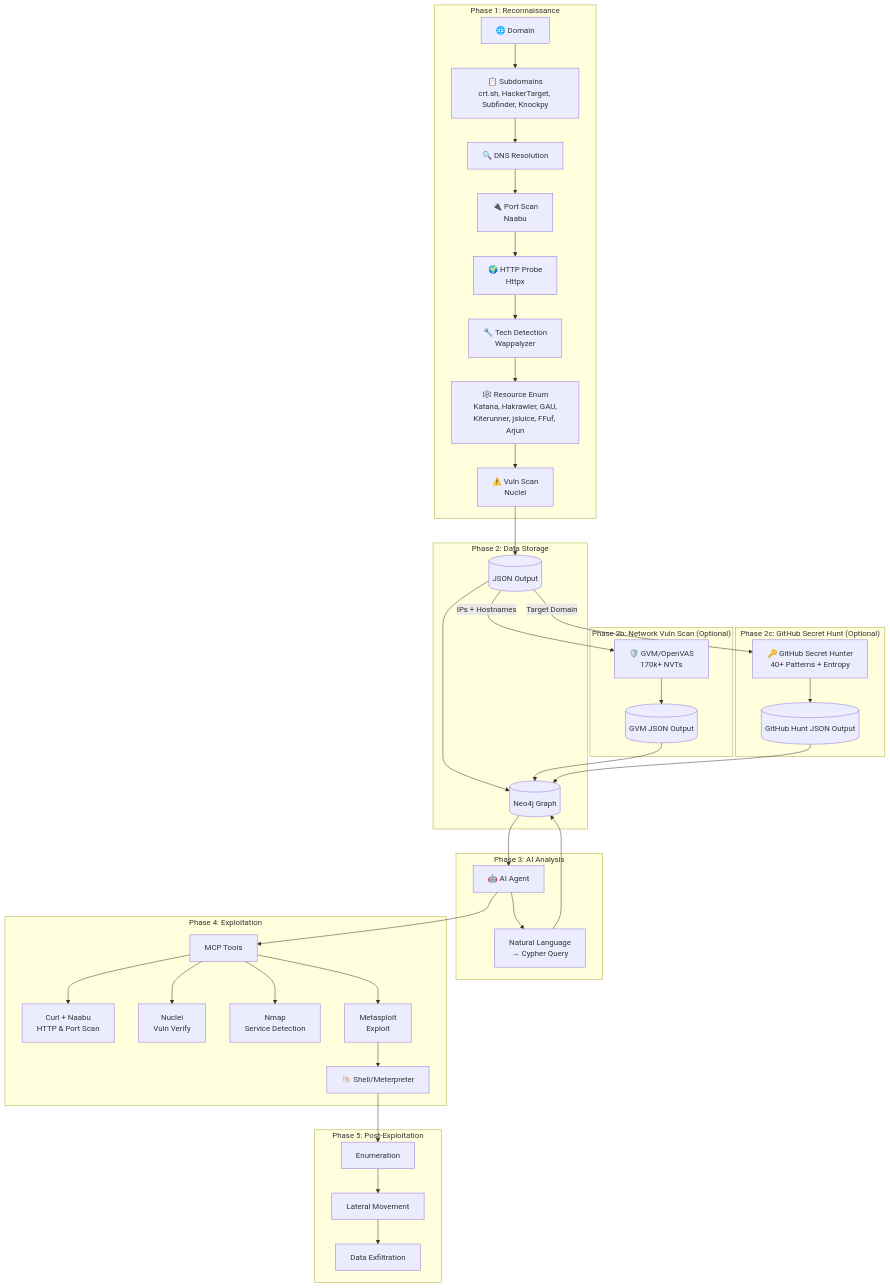
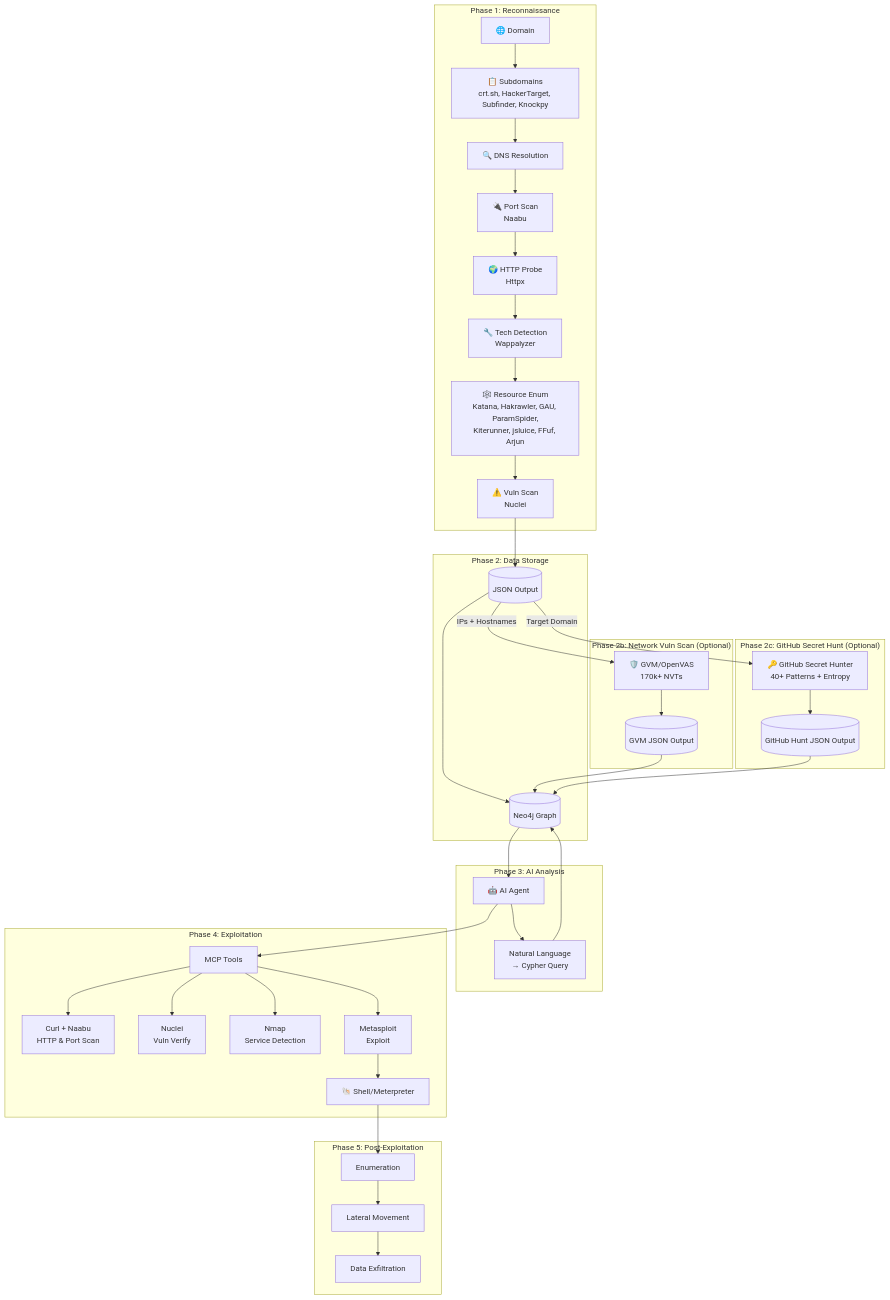
The second of 6 diagrams in readmes/ARCHITECTURE.md (zohidjon-m/redamon), drawn with Mermaid before and after one commit. The commit also changed other lines of this file and 45 other files, not shown here.

First line of the commit message:
feat: add ParamSpider passive parameter discovery and Nuclei custom template management

````diff
--- a/readmes/ARCHITECTURE.md
+++ b/readmes/ARCHITECTURE.md
@@ -94,50 +94,50 @@
 ```mermaid
 flowchart TB
     subgraph Phase1["Phase 1: Reconnaissance"]
         Domain[🌐 Domain] --> Subdomains[📋 Subdomains<br/>crt.sh, HackerTarget, Subfinder, Knockpy]
         Subdomains --> DNS[🔍 DNS Resolution]
         DNS --> Ports[🔌 Port Scan<br/>Naabu]
         Ports --> HTTP[🌍 HTTP Probe<br/>Httpx]
         HTTP --> Tech[🔧 Tech Detection<br/>Wappalyzer]
-        Tech --> Resources[🕸️ Resource Enum<br/>Katana, Hakrawler, GAU,<br/>Kiterunner, jsluice, FFuf, Arjun]
+        Tech --> Resources[🕸️ Resource Enum<br/>Katana, Hakrawler, GAU, ParamSpider,<br/>Kiterunner, jsluice, FFuf, Arjun]
         Resources --> Vulns[⚠️ Vuln Scan<br/>Nuclei]
     end
 
     subgraph Phase2["Phase 2: Data Storage"]
         Vulns --> JSON[(JSON Output)]
         JSON --> Graph[(Neo4j Graph)]
     end
 
     subgraph Phase2b["Phase 2b: Network Vuln Scan (Optional)"]
         JSON -->|IPs + Hostnames| GVM[🛡️ GVM/OpenVAS<br/>170k+ NVTs]
         GVM --> GVMResults[(GVM JSON Output)]
         GVMResults --> Graph
     end
 
     subgraph Phase2c["Phase 2c: GitHub Secret Hunt (Optional)"]
         JSON -->|Target Domain| GHHunt[🔑 GitHub Secret Hunter<br/>40+ Patterns + Entropy]
         GHHunt --> GHResults[(GitHub Hunt JSON Output)]
         GHResults --> Graph
     end
 
     subgraph Phase3["Phase 3: AI Analysis"]
         Graph --> Agent[🤖 AI Agent]
         Agent --> Query[Natural Language<br/>→ Cypher Query]
         Query --> Graph
     end
 
     subgraph Phase4["Phase 4: Exploitation"]
         Agent --> MCP[MCP Tools]
         MCP --> NetworkRecon2[Curl + Naabu<br/>HTTP & Port Scan]
         MCP --> Nuclei2[Nuclei<br/>Vuln Verify]
         MCP --> Nmap2[Nmap<br/>Service Detection]
         MCP --> MSF[Metasploit<br/>Exploit]
         MSF --> Shell[🐚 Shell/Meterpreter]
     end
 
     subgraph Phase5["Phase 5: Post-Exploitation"]
         Shell --> Enum[Enumeration]
         Enum --> Pivot[Lateral Movement]
         Pivot --> Exfil[Data Exfiltration]
     end
 ```
````
